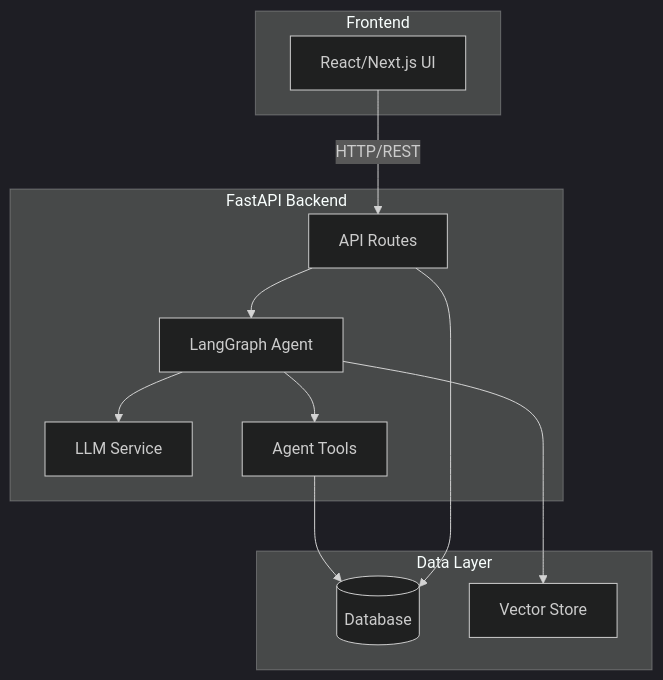
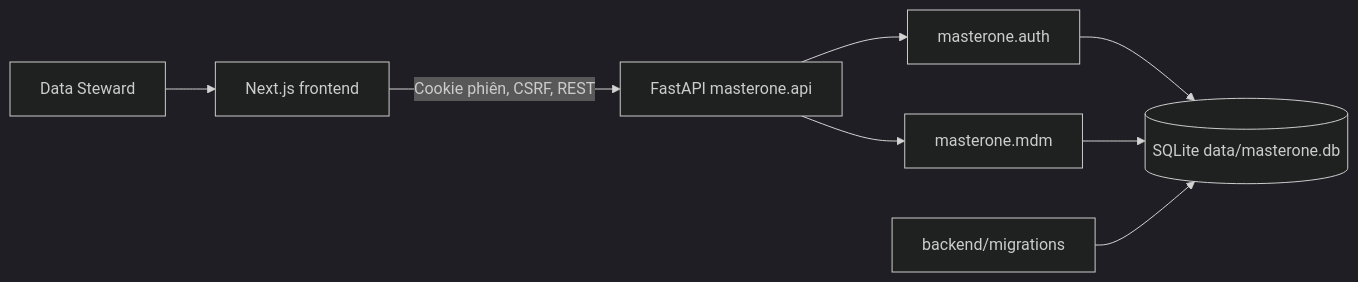
One commit to ttien0181/MasterData changed the diagram in ARCHITECTURE.md. Above: the diagram before and after it, drawn with Mermaid (dark theme). The commit also changed other lines of this file and 117 other files, not shown here.

````diff
--- a/ARCHITECTURE.md
+++ b/ARCHITECTURE.md
@@ -9,26 +5,10 @@
 ```mermaid
-graph TB
-    subgraph Frontend
-        UI[React/Next.js UI]
-    end
-
-    subgraph Backend[FastAPI Backend]
-        API[API Routes]
-        Agent[LangGraph Agent]
-        LLM[LLM Service]
-        Tools[Agent Tools]
-    end
-
-    subgraph Data[Data Layer]
-        DB[(Database)]
-        Vector[Vector Store]
-    end
-
-    UI -->|HTTP/REST| API
-    API --> Agent
-    Agent --> LLM
-    Agent --> Tools
-    Agent --> Vector
-    Tools --> DB
-    API --> DB
+flowchart LR
+    U[Data Steward] --> FE[Next.js frontend]
+    FE -->|Cookie phiên, CSRF, REST| API[FastAPI masterone.api]
+    API --> AUTH[masterone.auth]
+    API --> MDM[masterone.mdm]
+    AUTH --> DB[(SQLite data/masterone.db)]
+    MDM --> DB
+    MIG[backend/migrations] --> DB
 ```
````
